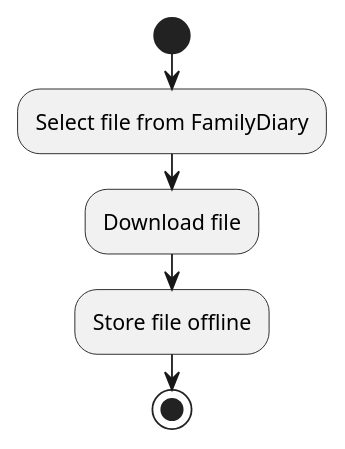
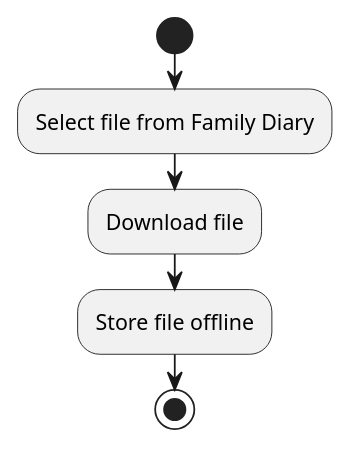
Before and after one commit to barnalismollich/coyotiv-barnali-smollich: the diagram in architecture/activity_document_download.puml, drawn with PlantUML.

Commit message:
Check and correct puml files to current status

```diff
--- a/architecture/activity_document_download.puml
+++ b/architecture/activity_document_download.puml
@@ -1,11 +1,11 @@
 @startuml activity.puml
 
 start
 
-:Select file from FamilyDiary;
+:Select file from Family Diary;
 :Download file;
 :Store file offline;
 
 stop
 
 @enduml
```
